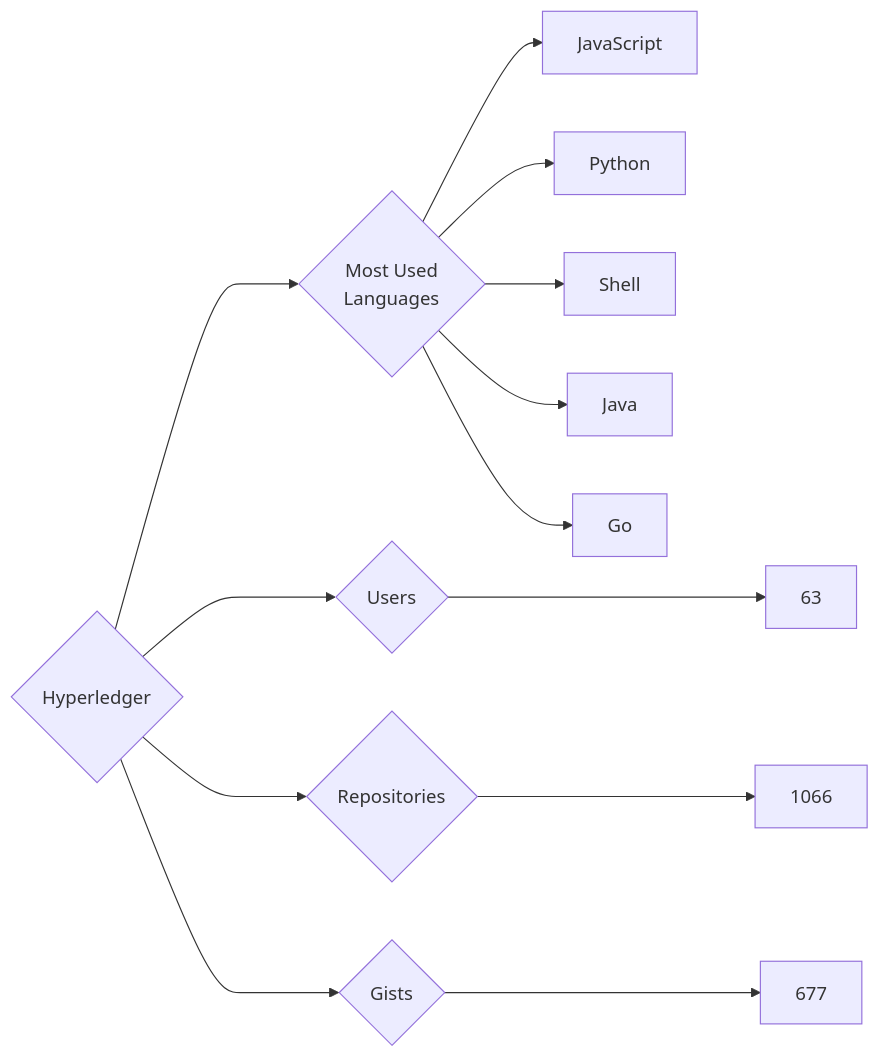
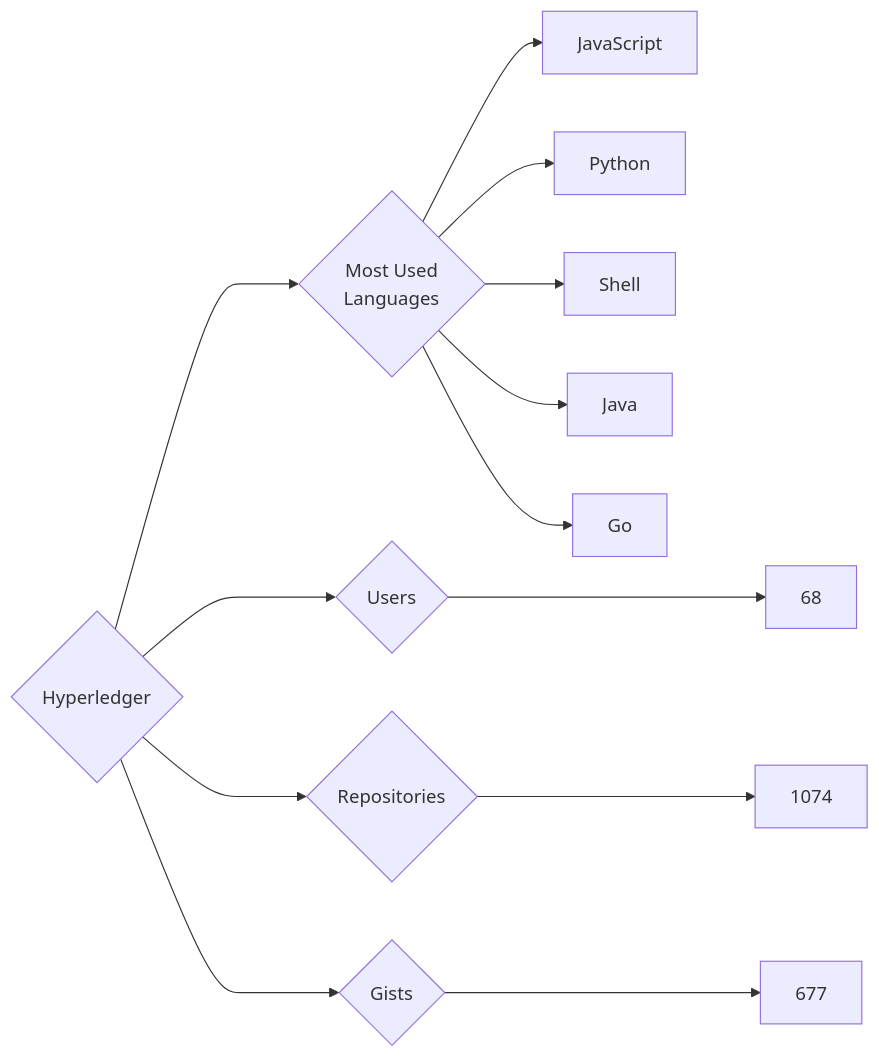
The diagram in targets/Hyperledger/README.md (trickest/insiders), drawn with Mermaid before and after one commit. The commit also changed 681 other files, not shown here.

````diff
--- a/targets/Hyperledger/README.md
+++ b/targets/Hyperledger/README.md
@@ -3,13 +3,13 @@
 ```mermaid
 graph LR
 COMPANY_NAME{Hyperledger}
-COMPANY_NAME ---> U{Users} ---> UN[63]
-COMPANY_NAME ---> R{Repositories} ---> RN[1066]
+COMPANY_NAME ---> U{Users} ---> UN[68]
+COMPANY_NAME ---> R{Repositories} ---> RN[1074]
 COMPANY_NAME ---> G{Gists} ---> GN[677]
 COMPANY_NAME ---> ML{Most Used<br>Languages}
 ML --> JavaScript[JavaScript]
 ML --> Python[Python]
 ML --> Shell[Shell]
 ML --> Java[Java]
 ML --> Go[Go]
 ```
````
